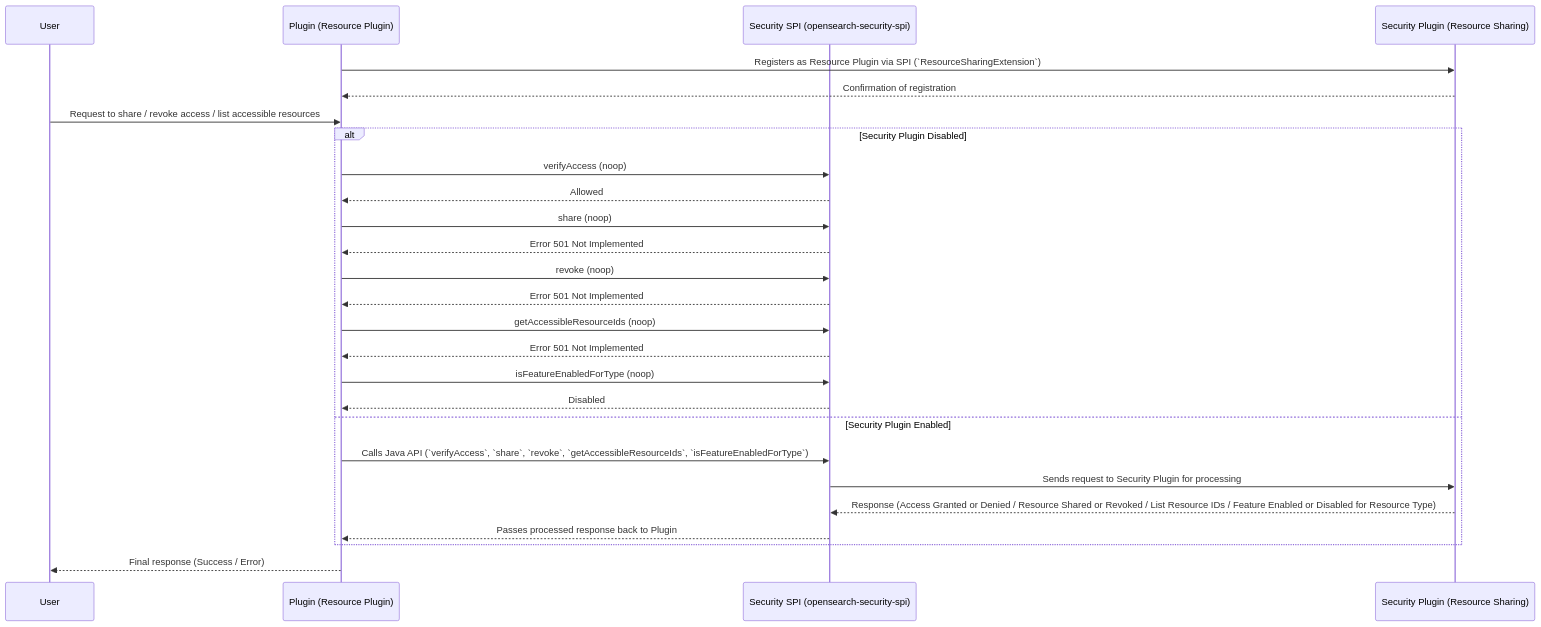
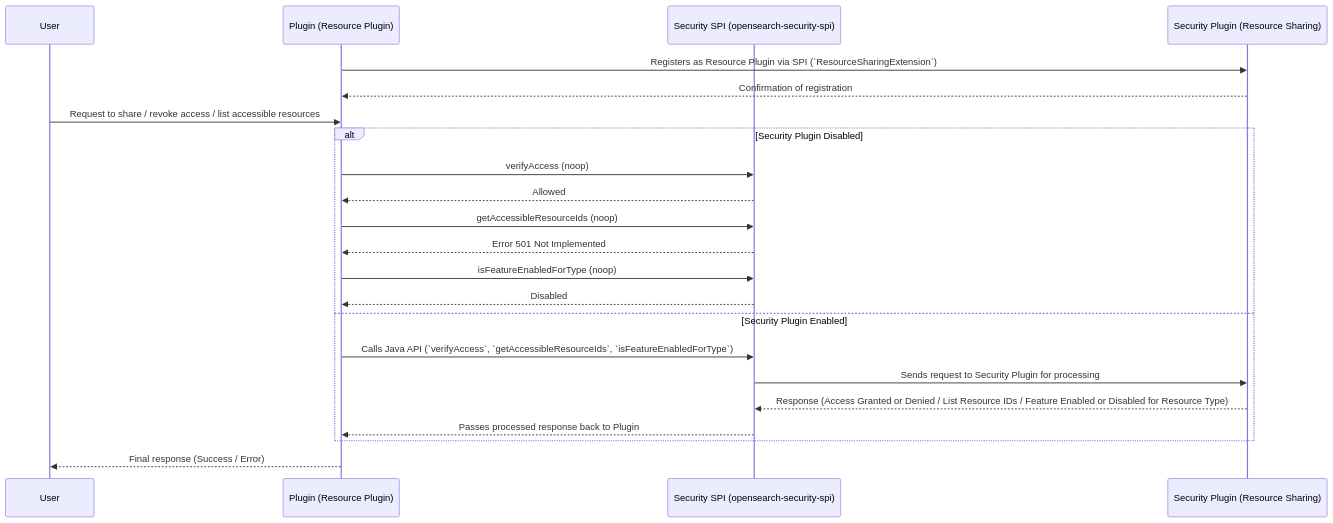
The diagram in RESOURCE_SHARING_AND_ACCESS_CONTROL.md (opensearch-project/security), drawn with Mermaid before and after one commit. The commit also changed other lines of this file and 35 other files, not shown here.

Commit message:
[Resource Sharing] Removes share and revoke java APIs (#5718)

````diff
--- a/RESOURCE_SHARING_AND_ACCESS_CONTROL.md
+++ b/RESOURCE_SHARING_AND_ACCESS_CONTROL.md
@@ -365,50 +349,44 @@
 ```mermaid
 sequenceDiagram
     participant User as User
     participant Plugin as Plugin (Resource Plugin)
     participant SPI as Security SPI (opensearch-security-spi)
     participant Security as Security Plugin (Resource Sharing)
 
     %% Step 1: Plugin registers itself as a Resource Plugin
     Plugin ->> Security: Registers as Resource Plugin via SPI (`ResourceSharingExtension`)
     Security -->> Plugin: Confirmation of registration
 
-    %% Step 2: User interacts with Plugin API
+    %% Step 2: User interacts with Plugin + Security APIs
     User ->> Plugin: Request to share / revoke access / list accessible resources
 
     %% Alternative flow based on Security Plugin status
     alt Security Plugin Disabled
 
     %% For verify: return allowed
       Plugin ->> SPI: verifyAccess (noop)
       SPI -->> Plugin: Allowed
-    %% For share, revoke, and list: return 501 Not Implemented
-      Plugin ->> SPI: share (noop)
-      SPI -->> Plugin: Error 501 Not Implemented
-
-      Plugin ->> SPI: revoke (noop)
-      SPI -->> Plugin: Error 501 Not Implemented
-
+    %% For list: return 501 Not Implemented
       Plugin ->> SPI: getAccessibleResourceIds (noop)
       SPI -->> Plugin: Error 501 Not Implemented
-
+    %% For feature enabled check: return Disabled since security is disabled
       Plugin ->> SPI: isFeatureEnabledForType (noop)
       SPI -->> Plugin: Disabled
 
     else Security Plugin Enabled
     %% Step 3: Plugin calls Java APIs declared by ResourceSharingClient
-      Plugin ->> SPI: Calls Java API (`verifyAccess`, `share`, `revoke`, `getAccessibleResourceIds`, `isFeatureEnabledForType`)
+      Plugin ->> SPI: Calls Java API (`verifyAccess`, `getAccessibleResourceIds`, `isFeatureEnabledForType`)
 
     %% Step 4: Request is sent to Security Plugin
       SPI ->> Security: Sends request to Security Plugin for processing
 
     %% Step 5: Security Plugin handles request and returns response
-      Security -->> SPI: Response (Access Granted or Denied / Resource Shared or Revoked / List Resource IDs / Feature Enabled or Disabled for Resource Type)
+      Security -->> SPI: Response (Access Granted or Denied / List Resource IDs / Feature Enabled or Disabled for Resource Type)
 
     %% Step 6: Security SPI sends response back to Plugin
       SPI -->> Plugin: Passes processed response back to Plugin
     end
 
     %% Step 7: Plugin processes response and sends final response to User
     Plugin -->> User: Final response (Success / Error)
 ```
````
